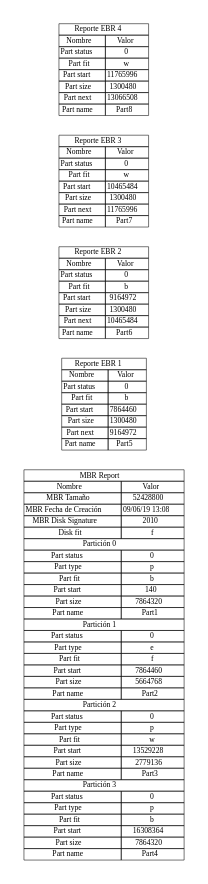
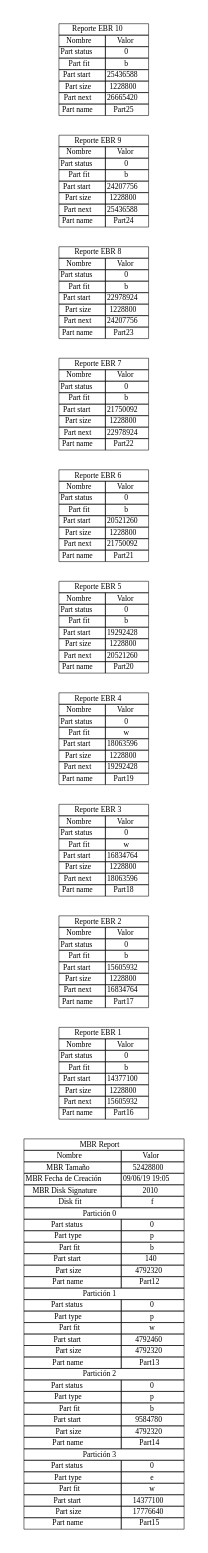
The diagram in mbr_report.dot (MacoChave/DiskParted), drawn with Graphviz before and after one commit. The commit also changed 4 other files, not shown here.

```diff
--- a/mbr_report.dot
+++ b/mbr_report.dot
@@ -17,7 +17,7 @@
 			</tr>
 			<tr>
 				<td>MBR Fecha de Creación</td>
-				<td>09/06/19 13:08</td>
+				<td>09/06/19 19:05</td>
 			</tr>
 			<tr>
 				<td>MBR Disk Signature</td>
@@ -48,41 +48,14 @@
 			</tr>
 			<tr>
 				<td>Part size</td>
-				<td>7864320</td>
+				<td>4792320</td>
 			</tr>
 			<tr>
 				<td>Part name</td>
-				<td>Part1</td>
+				<td>Part12</td>
 			</tr>
 			<tr>
 				<td colspan="2">Partición 1</td>
-			</tr>
-			<tr>
-				<td>Part status</td>
-				<td>0</td>
-			</tr>
-			<tr>
-				<td>Part type</td>
-				<td>e</td>
-			</tr>
-			<tr>
-				<td>Part fit</td>
-				<td>f</td>
-			</tr>
-			<tr>
-				<td>Part start</td>
-				<td>7864460</td>
-			</tr>
-			<tr>
-				<td>Part size</td>
-				<td>5664768</td>
-			</tr>
-			<tr>
-				<td>Part name</td>
-				<td>Part2</td>
-			</tr>
-			<tr>
-				<td colspan="2">Partición 2</td>
 			</tr>
 			<tr>
 				<td>Part status</td>
@@ -98,18 +71,18 @@
 			</tr>
 			<tr>
 				<td>Part start</td>
-				<td>13529228</td>
+				<td>4792460</td>
 			</tr>
 			<tr>
 				<td>Part size</td>
-				<td>2779136</td>
+				<td>4792320</td>
 			</tr>
 			<tr>
 				<td>Part name</td>
-				<td>Part3</td>
+				<td>Part13</td>
 			</tr>
 			<tr>
-				<td colspan="2">Partición 3</td>
+				<td colspan="2">Partición 2</td>
 			</tr>
 			<tr>
 				<td>Part status</td>
@@ -125,15 +98,42 @@
 			</tr>
 			<tr>
 				<td>Part start</td>
-				<td>16308364</td>
+				<td>9584780</td>
 			</tr>
 			<tr>
 				<td>Part size</td>
-				<td>7864320</td>
+				<td>4792320</td>
 			</tr>
 			<tr>
 				<td>Part name</td>
-				<td>Part4</td>
+				<td>Part14</td>
+			</tr>
+			<tr>
+				<td colspan="2">Partición 3</td>
+			</tr>
+			<tr>
+				<td>Part status</td>
+				<td>0</td>
+			</tr>
+			<tr>
+				<td>Part type</td>
+				<td>e</td>
+			</tr>
+			<tr>
+				<td>Part fit</td>
+				<td>w</td>
+			</tr>
+			<tr>
+				<td>Part start</td>
+				<td>14377100</td>
+			</tr>
+			<tr>
+				<td>Part size</td>
+				<td>17776640</td>
+			</tr>
+			<tr>
+				<td>Part name</td>
+				<td>Part15</td>
 			</tr>
 		</table>
 	>]
@@ -156,19 +156,19 @@
 			</tr>
 			<tr>
 				<td>Part start</td>
-				<td>7864460</td>
+				<td>14377100</td>
 			</tr>
 			<tr>
 				<td>Part size</td>
-				<td>1300480</td>
+				<td>1228800</td>
 			</tr>
 			<tr>
 				<td>Part next</td>
-				<td>9164972</td>
+				<td>15605932</td>
 			</tr>
 			<tr>
 				<td>Part name</td>
-				<td>Part5</td>
+				<td>Part16</td>
 			</tr>
 		</table>
 	>]
@@ -191,19 +191,19 @@
 			</tr>
 			<tr>
 				<td>Part start</td>
-				<td>9164972</td>
+				<td>15605932</td>
 			</tr>
 			<tr>
 				<td>Part size</td>
-				<td>1300480</td>
+				<td>1228800</td>
 			</tr>
 			<tr>
 				<td>Part next</td>
-				<td>10465484</td>
+				<td>16834764</td>
 			</tr>
 			<tr>
 				<td>Part name</td>
-				<td>Part6</td>
+				<td>Part17</td>
 			</tr>
 		</table>
 	>]
@@ -226,19 +226,19 @@
 			</tr>
 			<tr>
 				<td>Part start</td>
-				<td>10465484</td>
+				<td>16834764</td>
 			</tr>
 			<tr>
 				<td>Part size</td>
-				<td>1300480</td>
+				<td>1228800</td>
 			</tr>
 			<tr>
 				<td>Part next</td>
-				<td>11765996</td>
+				<td>18063596</td>
 			</tr>
 			<tr>
 				<td>Part name</td>
-				<td>Part7</td>
+				<td>Part18</td>
 			</tr>
 		</table>
 	>]
@@ -261,19 +261,229 @@
 			</tr>
 			<tr>
 				<td>Part start</td>
-				<td>11765996</td>
+				<td>18063596</td>
 			</tr>
 			<tr>
 				<td>Part size</td>
-				<td>1300480</td>
+				<td>1228800</td>
 			</tr>
 			<tr>
 				<td>Part next</td>
-				<td>13066508</td>
+				<td>19292428</td>
 			</tr>
 			<tr>
 				<td>Part name</td>
-				<td>Part8</td>
+				<td>Part19</td>
+			</tr>
+		</table>
+	>]
+	EBR5 [label=<
+		<table border="0" cellborder="1" cellspacing="0">
+			<tr>
+				<td colspan="2">Reporte EBR 5</td>
+			</tr>
+			<tr>
+				<td>Nombre</td>
+				<td>Valor</td>
+			</tr>
+			<tr>
+				<td>Part status</td>
+				<td>0</td>
+			</tr>
+			<tr>
+				<td>Part fit</td>
+				<td>b</td>
+			</tr>
+			<tr>
+				<td>Part start</td>
+				<td>19292428</td>
+			</tr>
+			<tr>
+				<td>Part size</td>
+				<td>1228800</td>
+			</tr>
+			<tr>
+				<td>Part next</td>
+				<td>20521260</td>
+			</tr>
+			<tr>
+				<td>Part name</td>
+				<td>Part20</td>
+			</tr>
+		</table>
+	>]
+	EBR6 [label=<
+		<table border="0" cellborder="1" cellspacing="0">
+			<tr>
+				<td colspan="2">Reporte EBR 6</td>
+			</tr>
+			<tr>
+				<td>Nombre</td>
+				<td>Valor</td>
+			</tr>
+			<tr>
+				<td>Part status</td>
+				<td>0</td>
+			</tr>
+			<tr>
+				<td>Part fit</td>
+				<td>b</td>
+			</tr>
+			<tr>
+				<td>Part start</td>
+				<td>20521260</td>
+			</tr>
+			<tr>
+				<td>Part size</td>
+				<td>1228800</td>
+			</tr>
+			<tr>
+				<td>Part next</td>
+				<td>21750092</td>
+			</tr>
+			<tr>
+				<td>Part name</td>
+				<td>Part21</td>
+			</tr>
+		</table>
+	>]
+	EBR7 [label=<
+		<table border="0" cellborder="1" cellspacing="0">
+			<tr>
+				<td colspan="2">Reporte EBR 7</td>
+			</tr>
+			<tr>
+				<td>Nombre</td>
+				<td>Valor</td>
+			</tr>
+			<tr>
+				<td>Part status</td>
+				<td>0</td>
+			</tr>
+			<tr>
+				<td>Part fit</td>
+				<td>b</td>
+			</tr>
+			<tr>
+				<td>Part start</td>
+				<td>21750092</td>
+			</tr>
+			<tr>
+				<td>Part size</td>
+				<td>1228800</td>
+			</tr>
+			<tr>
+				<td>Part next</td>
+				<td>22978924</td>
+			</tr>
+			<tr>
+				<td>Part name</td>
+				<td>Part22</td>
+			</tr>
+		</table>
+	>]
+	EBR8 [label=<
+		<table border="0" cellborder="1" cellspacing="0">
+			<tr>
+				<td colspan="2">Reporte EBR 8</td>
+			</tr>
+			<tr>
+				<td>Nombre</td>
+				<td>Valor</td>
+			</tr>
+			<tr>
+				<td>Part status</td>
+				<td>0</td>
+			</tr>
+			<tr>
+				<td>Part fit</td>
+				<td>b</td>
+			</tr>
+			<tr>
+				<td>Part start</td>
+				<td>22978924</td>
+			</tr>
+			<tr>
+				<td>Part size</td>
+				<td>1228800</td>
+			</tr>
+			<tr>
+				<td>Part next</td>
+				<td>24207756</td>
+			</tr>
+			<tr>
+				<td>Part name</td>
+				<td>Part23</td>
+			</tr>
+		</table>
+	>]
+	EBR9 [label=<
+		<table border="0" cellborder="1" cellspacing="0">
+			<tr>
+				<td colspan="2">Reporte EBR 9</td>
+			</tr>
+			<tr>
+				<td>Nombre</td>
+				<td>Valor</td>
+			</tr>
+			<tr>
+				<td>Part status</td>
+				<td>0</td>
+			</tr>
+			<tr>
+				<td>Part fit</td>
+				<td>b</td>
+			</tr>
+			<tr>
+				<td>Part start</td>
+				<td>24207756</td>
+			</tr>
+			<tr>
+				<td>Part size</td>
+				<td>1228800</td>
+			</tr>
+			<tr>
+				<td>Part next</td>
+				<td>25436588</td>
+			</tr>
+			<tr>
+				<td>Part name</td>
+				<td>Part24</td>
+			</tr>
+		</table>
+	>]
+	EBR10 [label=<
+		<table border="0" cellborder="1" cellspacing="0">
+			<tr>
+				<td colspan="2">Reporte EBR 10</td>
+			</tr>
+			<tr>
+				<td>Nombre</td>
+				<td>Valor</td>
+			</tr>
+			<tr>
+				<td>Part status</td>
+				<td>0</td>
+			</tr>
+			<tr>
+				<td>Part fit</td>
+				<td>b</td>
+			</tr>
+			<tr>
+				<td>Part start</td>
+				<td>25436588</td>
+			</tr>
+			<tr>
+				<td>Part size</td>
+				<td>1228800</td>
+			</tr>
+			<tr>
+				<td>Part next</td>
+				<td>26665420</td>
+			</tr>
+			<tr>
+				<td>Part name</td>
+				<td>Part25</td>
 			</tr>
 		</table>
 	>]
```
